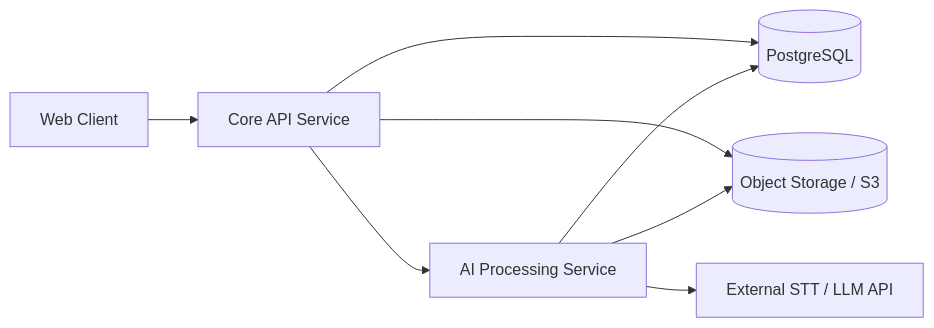
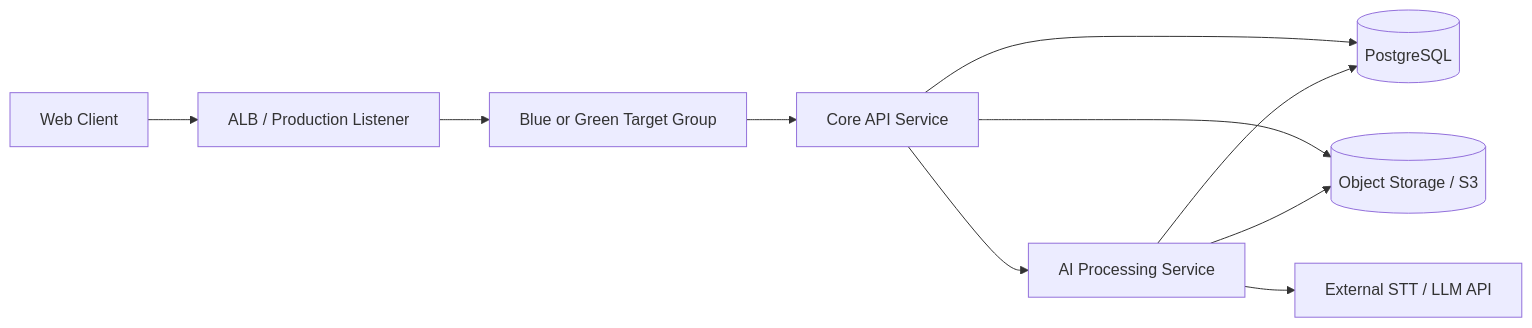
One commit to jinseonyeong087-ship-it/MeetUs changed the diagram in COMMON/architecture-diagram.md. Above: the diagram before and after it, drawn with Mermaid. The commit also changed other lines of this file and 5 other files, not shown here.

````diff
--- a/COMMON/architecture-diagram.md
+++ b/COMMON/architecture-diagram.md
@@ -12,10 +14,12 @@
 ```mermaid
 flowchart LR
-    A[Web Client] --> B[Core API Service]
+    A[Web Client] --> L[ALB / Production Listener]
+    L --> T[Blue or Green Target Group]
+    T --> B[Core API Service]
     B --> C[(PostgreSQL)]
     B --> D[(Object Storage / S3)]
     B --> E[AI Processing Service]
     E --> C
     E --> D
     E --> F[External STT / LLM API]
 ```
````
